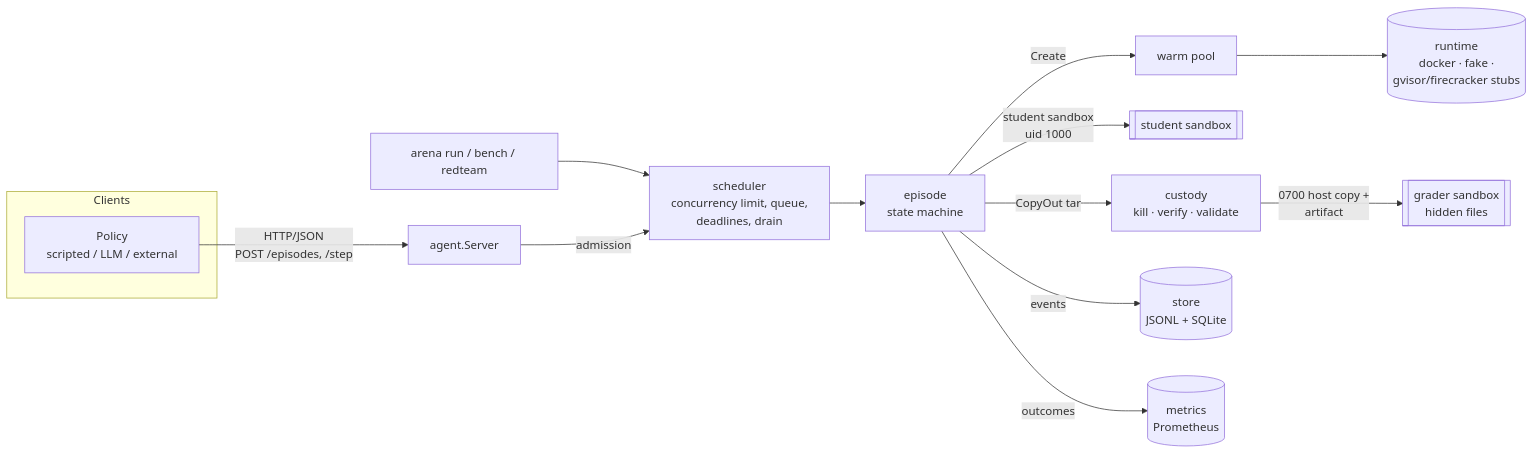
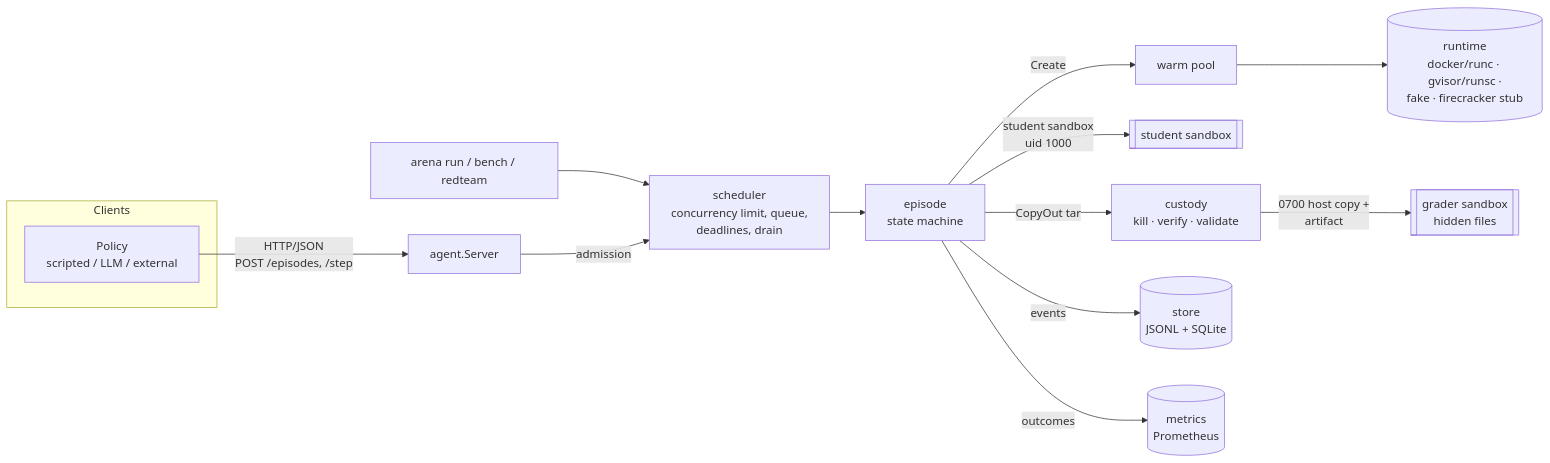
The first of 2 diagrams in README.md (xartus2004/arena), drawn with Mermaid before and after one commit. The commit also changed other lines of this file and 12 other files, not shown here.

````diff
--- a/README.md
+++ b/README.md
@@ -36,17 +36,17 @@
 ```mermaid
 flowchart LR
     subgraph Clients
         P[Policy<br/>scripted / LLM / external]
     end
     P -- "HTTP/JSON<br/>POST /episodes, /step" --> API[agent.Server]
     CLI[arena run / bench / redteam] --> S
     API -- admission --> S[scheduler<br/>concurrency limit, queue,<br/>deadlines, drain]
     S --> E[episode<br/>state machine]
     E -- Create --> WP[warm pool]
-    WP --> RT[(runtime<br/>docker · fake ·<br/>gvisor/firecracker stubs)]
+    WP --> RT[(runtime<br/>docker/runc · gvisor/runsc ·<br/>fake · firecracker stub)]
     E -- "student sandbox<br/>uid 1000" --> SB1[[student sandbox]]
     E -- "CopyOut tar" --> C[custody<br/>kill · verify · validate]
     C -- "0700 host copy +<br/>artifact" --> G[[grader sandbox<br/>hidden files]]
     E -- events --> ST[(store<br/>JSONL + SQLite)]
     E -- outcomes --> M[(metrics<br/>Prometheus)]
 ```
````
